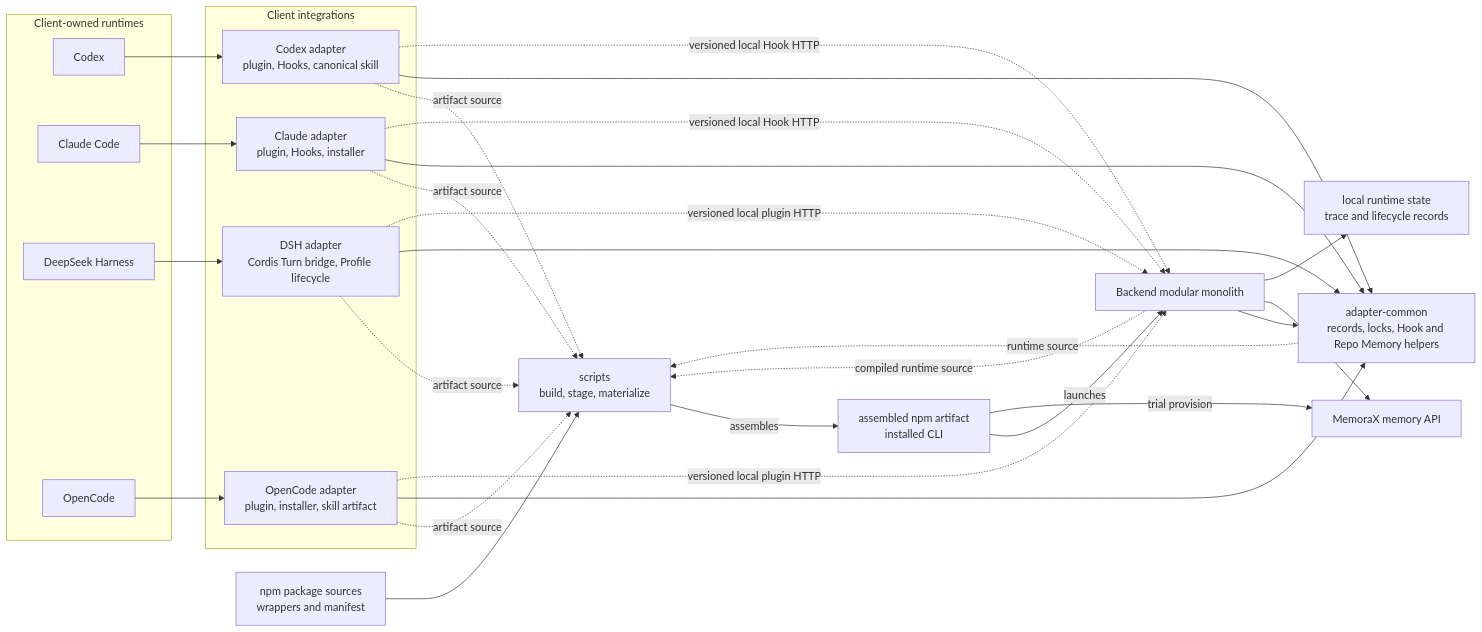
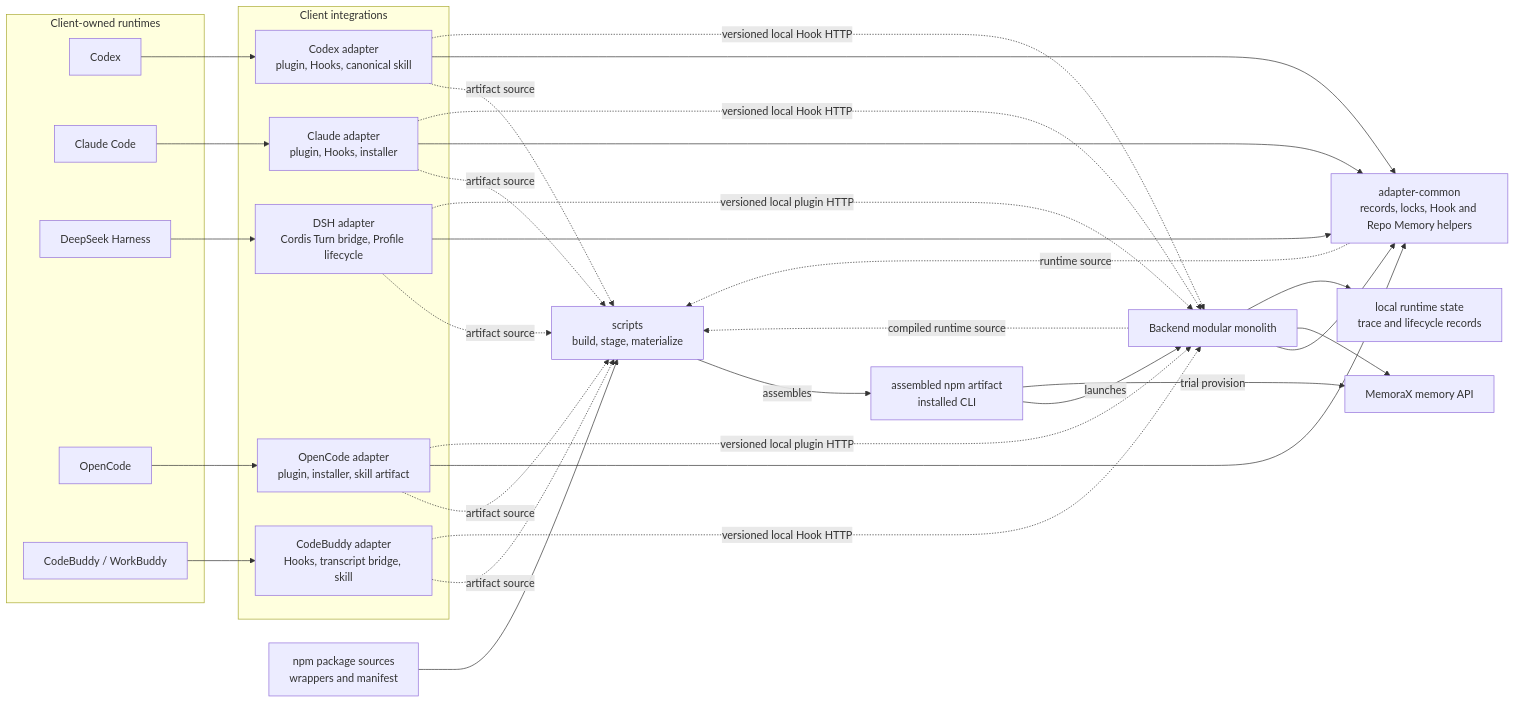
The first of 6 diagrams in ARCHITECTURE.md (SimonEskildse/memorax-code), drawn with Mermaid before and after one commit. The commit also changed other lines of this file and 4 other files, not shown here.

Commit message:
docs(codebuddy): document WorkBuddy architecture and boundaries

````diff
--- a/ARCHITECTURE.md
+++ b/ARCHITECTURE.md
@@ -40,53 +40,58 @@
 ```mermaid
 flowchart LR
   subgraph Clients["Client-owned runtimes"]
     Codex["Codex"]
     Claude["Claude Code"]
     DSH["DeepSeek Harness"]
     OpenCode["OpenCode"]
+    CodeBuddy["CodeBuddy / WorkBuddy"]
   end
 
   subgraph Adapters["Client integrations"]
     CodexAdapter["Codex adapter<br/>plugin, Hooks, canonical skill"]
     ClaudeAdapter["Claude adapter<br/>plugin, Hooks, installer"]
     DshAdapter["DSH adapter<br/>Cordis Turn bridge, Profile lifecycle"]
     OpenCodeAdapter["OpenCode adapter<br/>plugin, installer, skill artifact"]
+    CodeBuddyAdapter["CodeBuddy adapter<br/>Hooks, transcript bridge, skill"]
   end
 
   Common["adapter-common<br/>records, locks, Hook and Repo Memory helpers"]
   Backend["Backend modular monolith"]
   Npm["npm package sources<br/>wrappers and manifest"]
   Build["scripts<br/>build, stage, materialize"]
   Artifact["assembled npm artifact<br/>installed CLI"]
   MemoraX["MemoraX memory API"]
   Local["local runtime state<br/>trace and lifecycle records"]
 
   Npm --> Build
   Backend -. "compiled runtime source" .-> Build
   Common -. "runtime source" .-> Build
   CodexAdapter -. "artifact source" .-> Build
   ClaudeAdapter -. "artifact source" .-> Build
   DshAdapter -. "artifact source" .-> Build
   OpenCodeAdapter -. "artifact source" .-> Build
+  CodeBuddyAdapter -. "artifact source" .-> Build
   Build -->|"assembles"| Artifact
   Artifact -->|"launches"| Backend
   Artifact -->|"trial provision"| MemoraX
 
   Backend --> Common
   CodexAdapter --> Common
   ClaudeAdapter --> Common
   DshAdapter --> Common
   OpenCodeAdapter --> Common
 
   Codex --> CodexAdapter
   Claude --> ClaudeAdapter
   DSH --> DshAdapter
   OpenCode --> OpenCodeAdapter
+  CodeBuddy --> CodeBuddyAdapter
   CodexAdapter -. "versioned local Hook HTTP" .-> Backend
   ClaudeAdapter -. "versioned local Hook HTTP" .-> Backend
   DshAdapter -. "versioned local plugin HTTP" .-> Backend
   OpenCodeAdapter -. "versioned local plugin HTTP" .-> Backend
+  CodeBuddyAdapter -. "versioned local Hook HTTP" .-> Backend
 
   Backend --> MemoraX
   Backend --> Local
 ```
````
